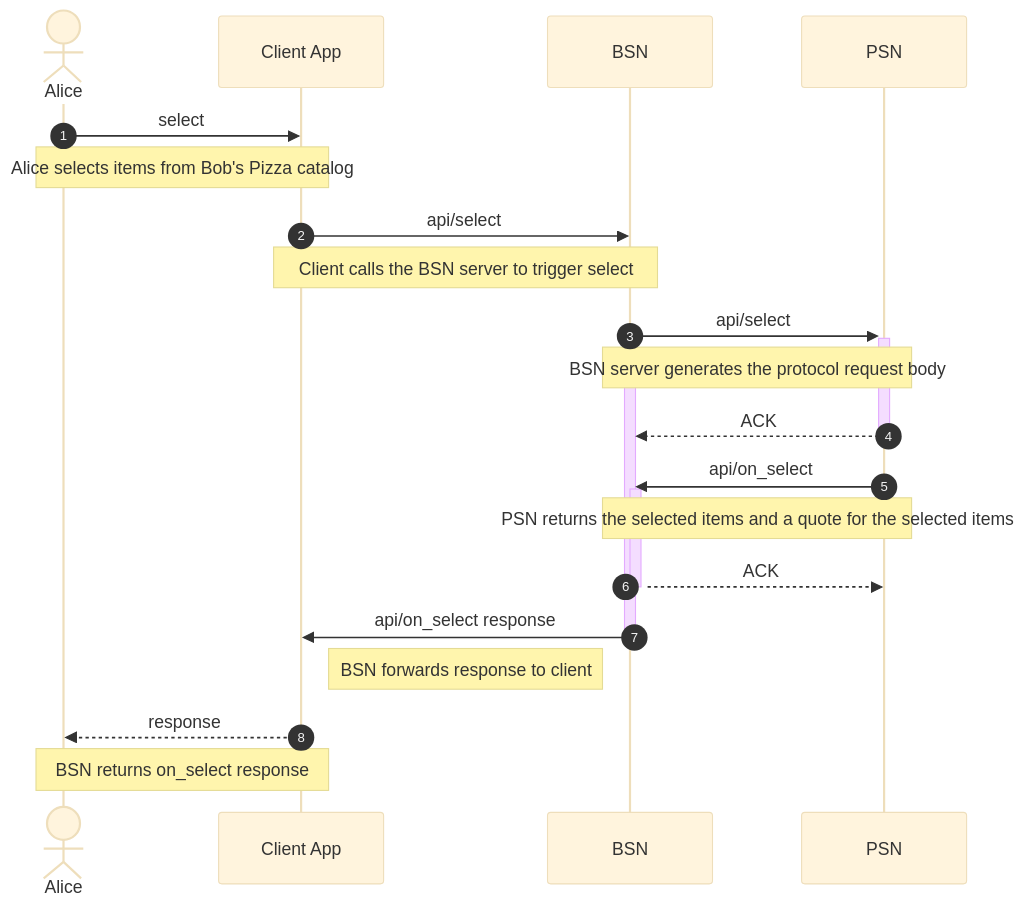
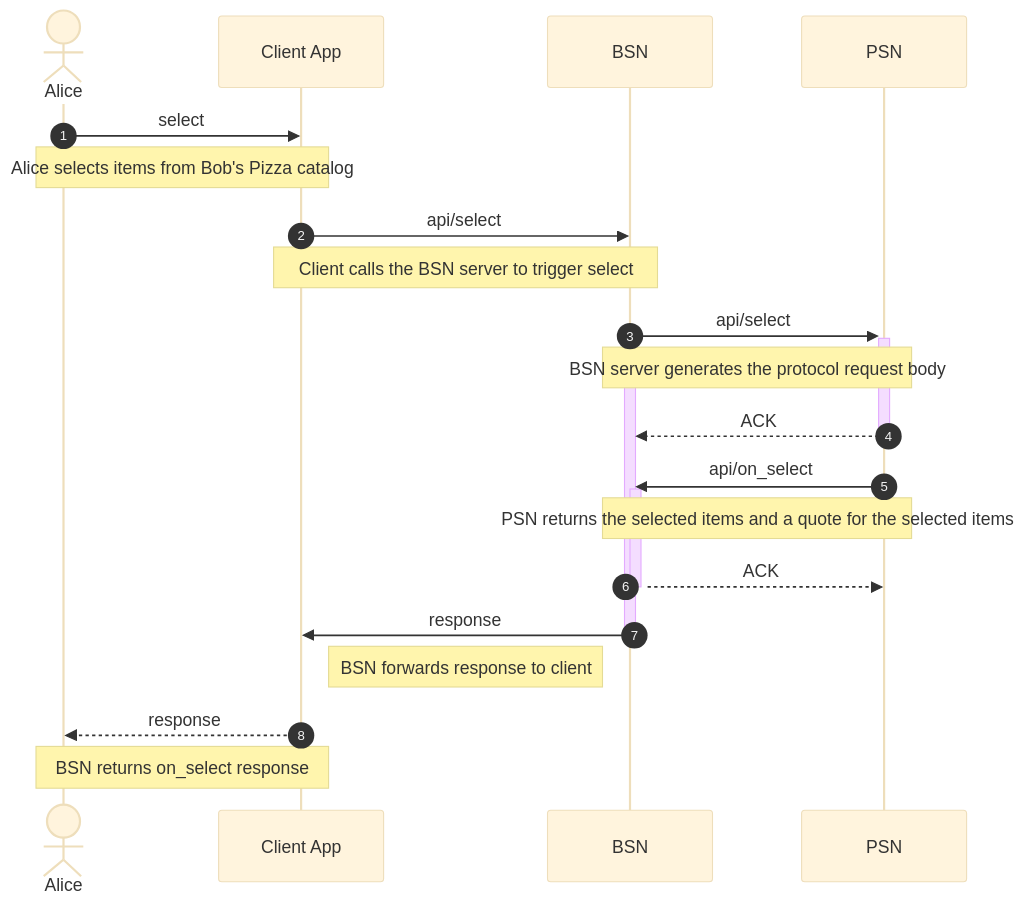
The fifth of 13 diagrams in docs/OVERVIEW.md (Palette-Labs-Inc/protocol), drawn with Mermaid (base theme) before and after one commit. The commit also changed other lines of this file, not shown here.

````diff
--- a/docs/OVERVIEW.md
+++ b/docs/OVERVIEW.md
@@ -167,25 +243,25 @@
 ```mermaid
 sequenceDiagram
     autonumber
     actor Alice
     participant ClientApp as Client App
     participant BSN
     participant PSN
 
     Alice->>ClientApp: select
     Note over Alice,ClientApp: Alice selects items from Bob's Pizza catalog
     ClientApp->>BSN: api/select
     Note over ClientApp,BSN: Client calls the BSN server to trigger select
     BSN->>+PSN: api/select
     activate BSN
     Note over BSN,PSN: BSN server generates the protocol request body
     PSN-->>-BSN: ACK
     PSN->>+BSN: api/on_select
     Note over PSN,BSN: PSN returns the selected items and a quote for the selected items
     BSN-->>PSN: ACK
     deactivate BSN
-    BSN->>-ClientApp: api/on_select response
+    BSN->>-ClientApp: response
     Note left of BSN: BSN forwards response to client
     ClientApp-->>Alice: response
     Note over ClientApp,Alice: BSN returns on_select response
 ```
````
